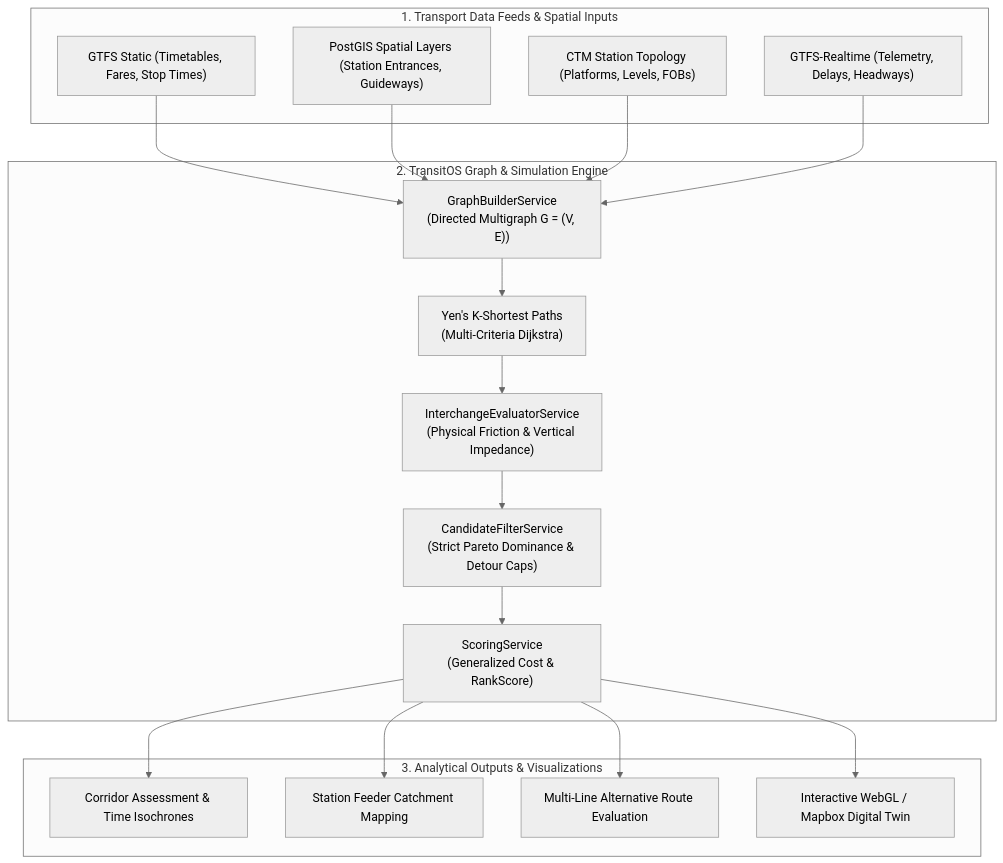
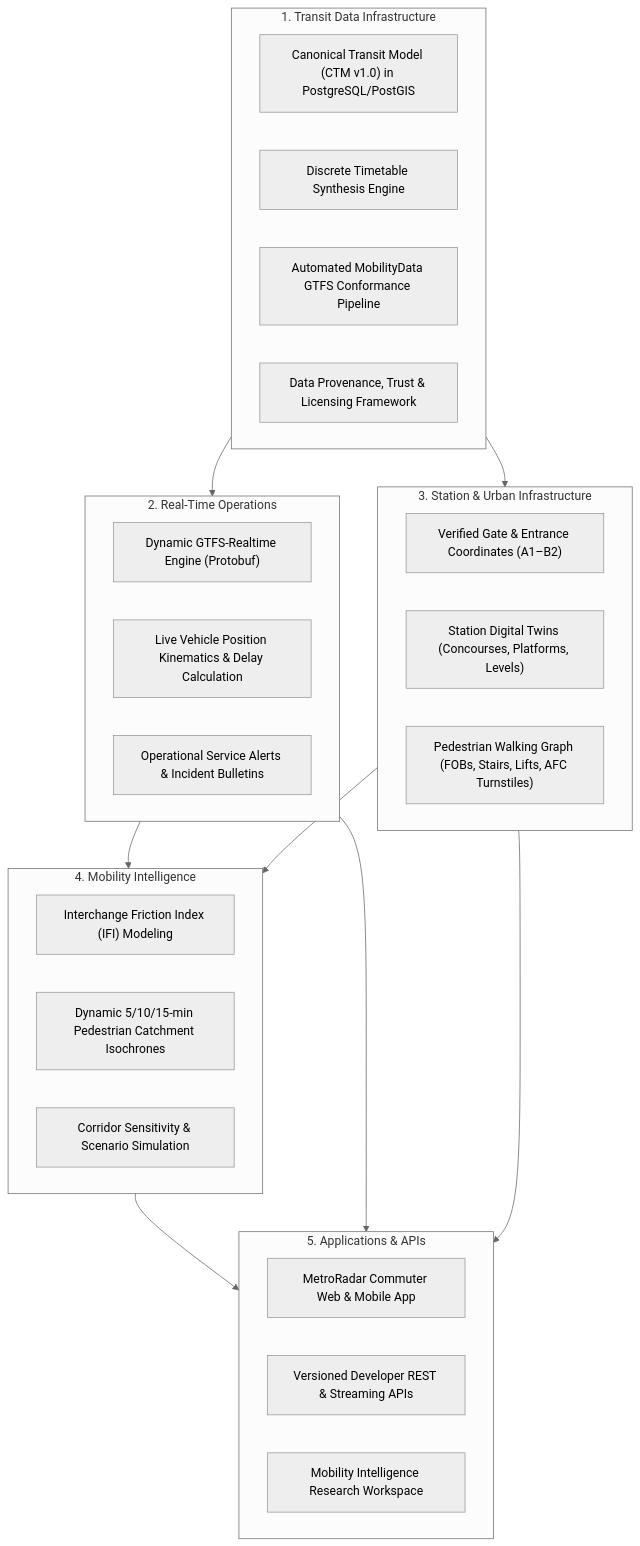
The diagram in README.md (Gautam2665/MetroRadar), drawn with Mermaid (neutral theme) before and after one commit. The commit also changed other lines of this file and 97 other files, not shown here.

````diff
--- a/README.md
+++ b/README.md
@@ -37,31 +35,39 @@
 ```mermaid
 flowchart TD
-    subgraph InputData["1. Transport Data Feeds & Spatial Inputs"]
-        G1["GTFS Static (Timetables, Fares, Stop Times)"]
-        G2["PostGIS Spatial Layers (Station Entrances, Guideways)"]
-        G3["CTM Station Topology (Platforms, Levels, FOBs)"]
-        G4["GTFS-Realtime (Telemetry, Delays, Headways)"]
+    subgraph L5["5. Applications & APIs"]
+        A1["MetroRadar Commuter Web & Mobile App"]
+        A2["Versioned Developer REST & Streaming APIs"]
+        A3["Mobility Intelligence Research Workspace"]
     end
 
-    subgraph CoreEngine["2. TransitOS Graph & Simulation Engine"]
-        GB["GraphBuilderService<br/>(Directed Multigraph G = (V, E))"]
-        Router["Yen's K-Shortest Paths<br/>(Multi-Criteria Dijkstra)"]
-        IE["InterchangeEvaluatorService<br/>(Physical Friction & Vertical Impedance)"]
-        CF["CandidateFilterService<br/>(Strict Pareto Dominance & Detour Caps)"]
-        Scorer["ScoringService<br/>(Generalized Cost & RankScore)"]
+    subgraph L4["4. Mobility Intelligence"]
+        M1["Interchange Friction Index (IFI) Modeling"]
+        M2["Dynamic 5/10/15-min Pedestrian Catchment Isochrones"]
+        M3["Corridor Sensitivity & Scenario Simulation"]
     end
 
-    subgraph Outputs["3. Analytical Outputs & Visualizations"]
-        V1["Corridor Assessment & Time Isochrones"]
-        V2["Station Feeder Catchment Mapping"]
-        V3["Multi-Line Alternative Route Evaluation"]
-        V4["Interactive WebGL / Mapbox Digital Twin"]
+    subgraph L3["3. Station & Urban Infrastructure"]
+        S1["Verified Gate & Entrance Coordinates (A1–B2)"]
+        S2["Station Digital Twins (Concourses, Platforms, Levels)"]
+        S3["Pedestrian Walking Graph (FOBs, Stairs, Lifts, AFC Turnstiles)"]
     end
 
-    G1 & G2 & G3 & G4 --> GB
-    GB --> Router
-    Router --> IE
-    IE --> CF
-    CF --> Scorer
-    Scorer --> V1 & V2 & V3 & V4
+    subgraph L2["2. Real-Time Operations"]
+        R1["Dynamic GTFS-Realtime Engine (Protobuf)"]
+        R2["Live Vehicle Position Kinematics & Delay Calculation"]
+        R3["Operational Service Alerts & Incident Bulletins"]
+    end
+
+    subgraph L1["1. Transit Data Infrastructure"]
+        D1["Canonical Transit Model (CTM v1.0) in PostgreSQL/PostGIS"]
+        D2["Discrete Timetable Synthesis Engine"]
+        D3["Automated MobilityData GTFS Conformance Pipeline"]
+        D4["Data Provenance, Trust & Licensing Framework"]
+    end
+
+    L1 --> L2
+    L1 --> L3
+    L2 & L3 --> L4
+    L4 --> L5
+    L2 & L3 --> L5
 ```
````
